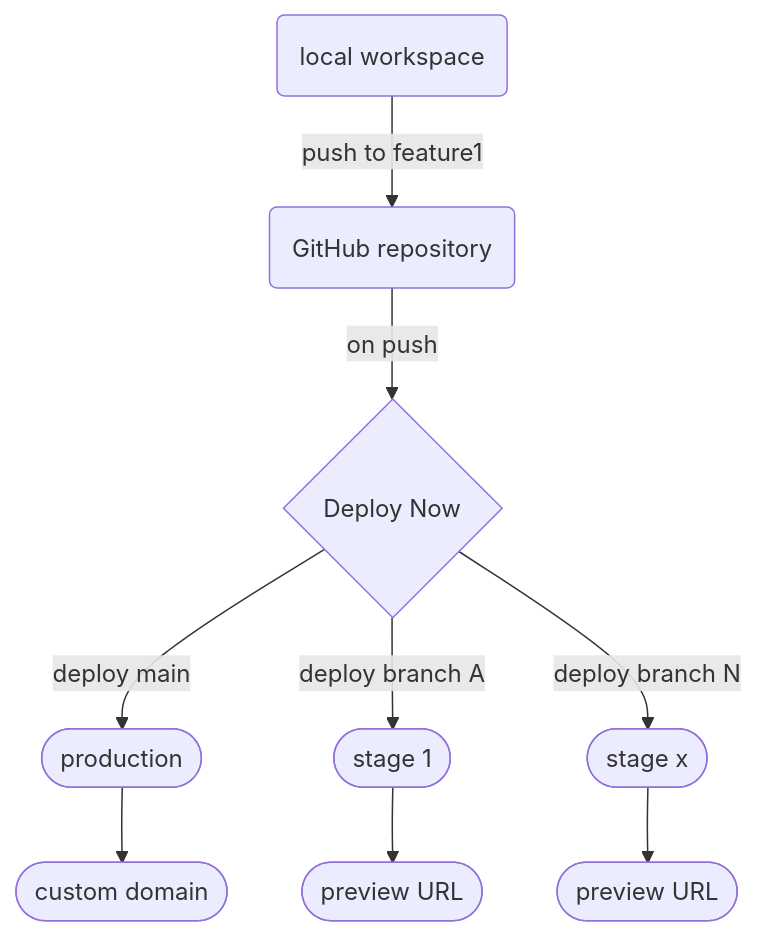
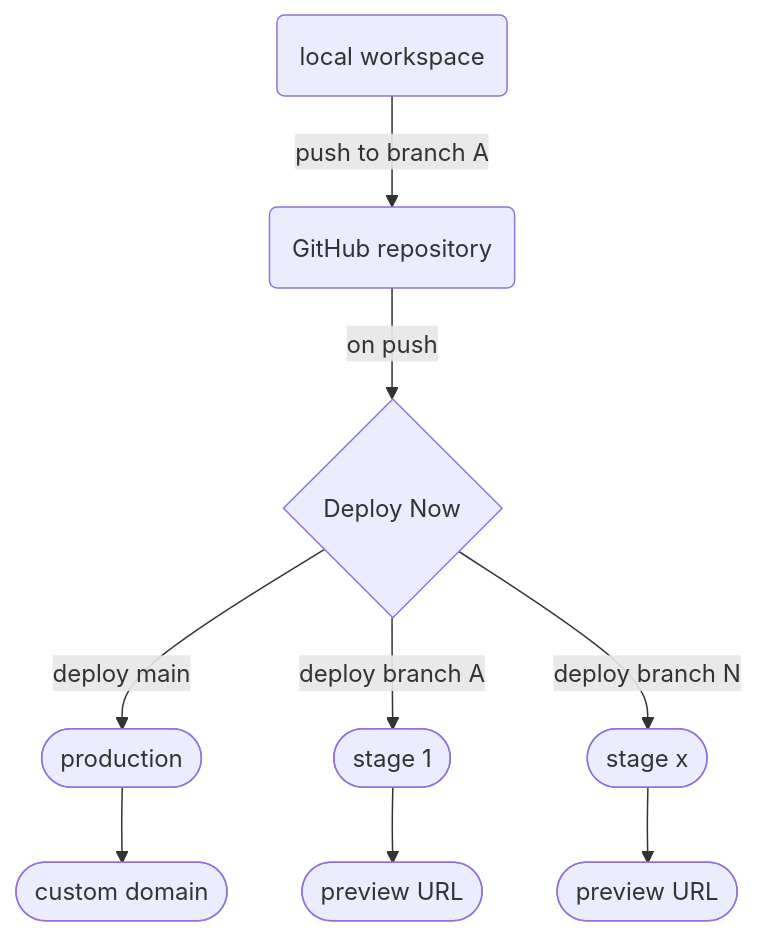
The diagram in content/docs/staging-deployments.md (ionos-deploy-now/documentation), drawn with Mermaid before and after one commit. The commit also changed other lines of this file, not shown here.

```diff
--- a/content/docs/staging-deployments.md
+++ b/content/docs/staging-deployments.md
@@ -17,11 +13,11 @@
 ~~~mermaid
 graph TD
-    A(local workspace):::active -->|push to feature1| B(GitHub repository):::active
+    A(local workspace):::active -->|push to branch A| B(GitHub repository):::active
     B -->|on push| C{Deploy Now}:::active
     C -->|deploy main| D([production]):::inactive
     C -->|deploy branch A| E([stage 1]):::active
     C -->|deploy branch N| F([stage x]):::inactive
     D --> D1([custom domain])
     E --> E1([preview URL]):::active
     F --> F1([preview URL])
 ~~~
```
